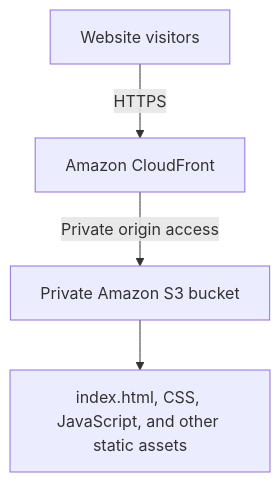
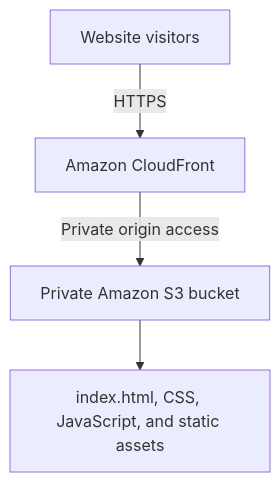
One commit to odayhaitham742-ops/aws-cloud-portfolio changed the diagram in README.md. Above: the diagram before and after it, drawn with Mermaid. The commit also changed other lines of this file, not shown here.

````diff
--- a/README.md
+++ b/README.md
@@ -22,6 +14,6 @@
 ```mermaid
 flowchart TD
     V[Website visitors] -->|HTTPS| CF[Amazon CloudFront]
     CF -->|Private origin access| S3[Private Amazon S3 bucket]
-    S3 --> A[index.html, CSS, JavaScript, and other static assets]
+    S3 --> A[index.html, CSS, JavaScript, and static assets]
 ```
````
